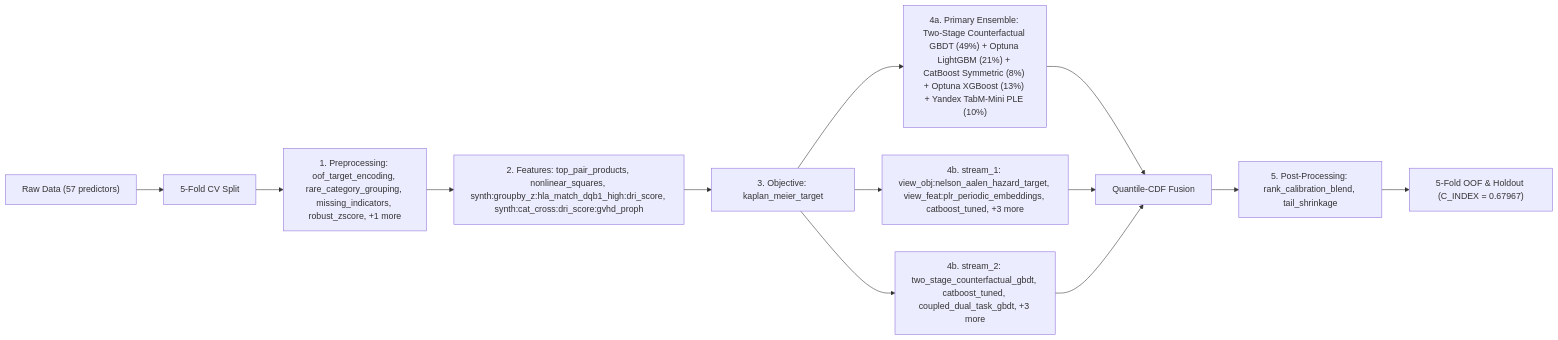
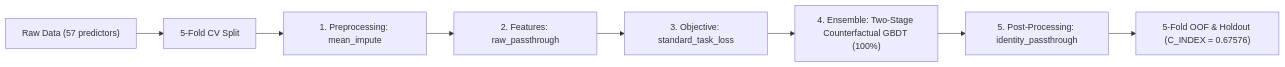
Before and after one commit to stefanoclss/CIBMTR-Equity-in-Post-HCT-Survival-Predictions: the diagram in README.md, drawn with Mermaid. The commit also changed other lines of this file, not shown here.

First line of the commit message:
docs(readme): refresh verified OOF benchmark & build ledger (C_INDEX=0.67576)

````diff
--- a/README.md
+++ b/README.md
@@ -153,15 +138,10 @@
 ```mermaid
 flowchart LR
     DATA["Raw Data (57 predictors)"] --> SPLIT["5-Fold CV Split"]
-    SPLIT --> PRE["1. Preprocessing: oof_target_encoding, rare_category_grouping, missing_indicators, robust_zscore, +1 more"]
-    PRE --> FEAT["2. Features: top_pair_products, nonlinear_squares, synth:groupby_z:hla_match_dqb1_high:dri_score, synth:cat_cross:dri_score:gvhd_proph"]
-    FEAT --> OBJ["3. Objective: kaplan_meier_target"]
-    OBJ --> M0["4a. Primary Ensemble: Two-Stage Counterfactual GBDT (49%) + Optuna LightGBM (21%) + CatBoost Symmetric (8%) + Optuna XGBoost (13%) + Yandex TabM-Mini PLE (10%)"]
-    M0 --> FUSE["Quantile-CDF Fusion"]
-    OBJ --> S1["4b. stream_1: view_obj:nelson_aalen_hazard_target, view_feat:plr_periodic_embeddings, catboost_tuned, +3 more"]
-    S1 --> FUSE
-    OBJ --> S2["4b. stream_2: two_stage_counterfactual_gbdt, catboost_tuned, coupled_dual_task_gbdt, +3 more"]
-    S2 --> FUSE
-    FUSE --> POST["5. Post-Processing: rank_calibration_blend, tail_shrinkage"]
-    POST --> OUT["5-Fold OOF & Holdout (C_INDEX = 0.67967)"]
+    SPLIT --> PRE["1. Preprocessing: mean_impute"]
+    PRE --> FEAT["2. Features: raw_passthrough"]
+    FEAT --> OBJ["3. Objective: standard_task_loss"]
+    OBJ --> M0["4. Ensemble: Two-Stage Counterfactual GBDT (100%)"]
+    M0 --> POST["5. Post-Processing: identity_passthrough"]
+    POST --> OUT["5-Fold OOF & Holdout (C_INDEX = 0.67576)"]
 ```
````
